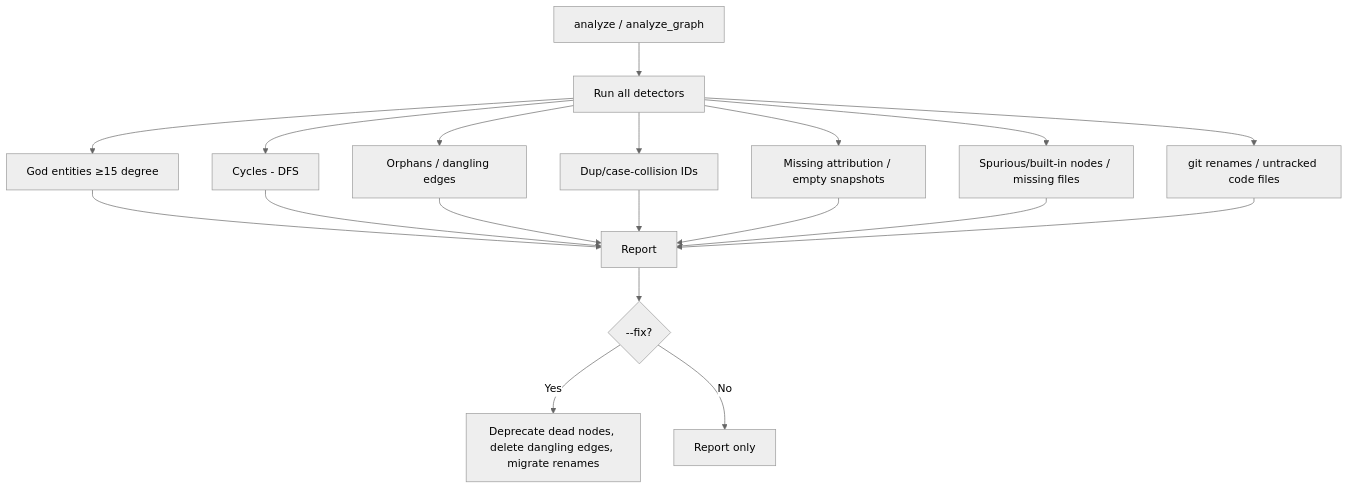
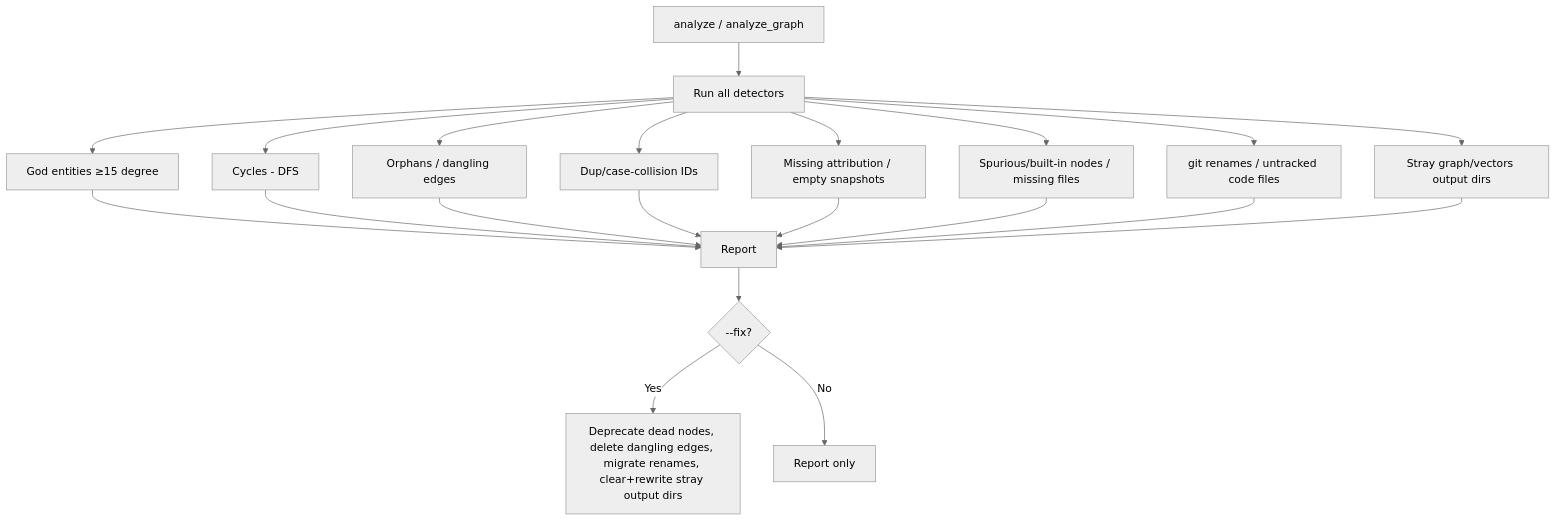
Diagram 11 of 17 in FUNCTIONALITY_MAP.md (Abialidr/devsmind-mcp), drawn with Mermaid (neutral theme) before and after one commit. The commit also changed other lines of this file and 8 other files, not shown here.

````diff
--- a/FUNCTIONALITY_MAP.md
+++ b/FUNCTIONALITY_MAP.md
@@ -495,15 +499,16 @@
 ```mermaid
 flowchart TD
   A[analyze / analyze_graph] --> D[Run all detectors]
   D --> D1[God entities ≥15 degree]
   D --> D2[Cycles - DFS]
   D --> D3[Orphans / dangling edges]
   D --> D4[Dup/case-collision IDs]
   D --> D5[Missing attribution / empty snapshots]
   D --> D6[Spurious/built-in nodes / missing files]
   D --> D7[git renames / untracked code files]
-  D1 & D2 & D3 & D4 & D5 & D6 & D7 --> R[Report]
+  D --> D8[Stray graph/vectors output dirs]
+  D1 & D2 & D3 & D4 & D5 & D6 & D7 & D8 --> R[Report]
   R --> F{--fix?}
-  F -->|Yes| SAFE[Deprecate dead nodes, delete dangling edges, migrate renames]
+  F -->|Yes| SAFE[Deprecate dead nodes, delete dangling edges, migrate renames, clear+rewrite stray output dirs]
   F -->|No| DONE[Report only]
 ```
````
